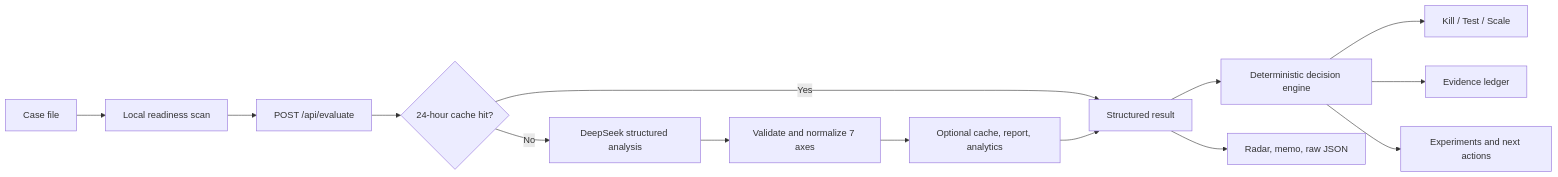
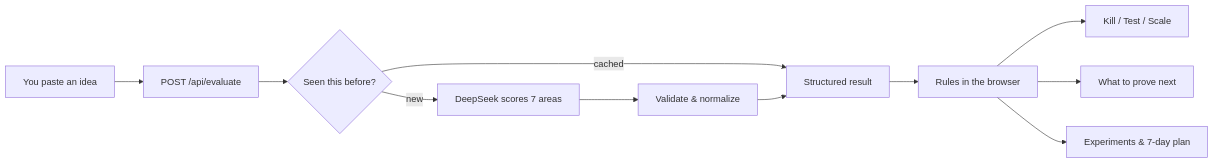
Before and after one commit to ghandhitechnology/sigma-validator: the diagram in README.md, drawn with Mermaid. The commit also changed other lines of this file and 2 other files, not shown here.

````diff
--- a/README.md
+++ b/README.md
@@ -76,16 +96,13 @@
 ```mermaid
 flowchart LR
-    A[Case file] --> B[Local readiness scan]
-    B --> C[POST /api/evaluate]
-    C --> D{24-hour cache hit?}
-    D -- Yes --> H[Structured result]
-    D -- No --> E[DeepSeek structured analysis]
-    E --> F[Validate and normalize 7 axes]
-    F --> G[Optional cache, report, analytics]
-    G --> H
-    H --> I[Deterministic decision engine]
+    A[You paste an idea] --> C[POST /api/evaluate]
+    C --> D{Seen this before?}
+    D -- cached --> H[Structured result]
+    D -- new --> E[DeepSeek scores 7 areas]
+    E --> F[Validate & normalize]
+    F --> H
+    H --> I[Rules in the browser]
     I --> J[Kill / Test / Scale]
-    I --> K[Evidence ledger]
-    I --> L[Experiments and next actions]
-    H --> M[Radar, memo, raw JSON]
+    I --> K[What to prove next]
+    I --> L[Experiments & 7-day plan]
 ```
````
